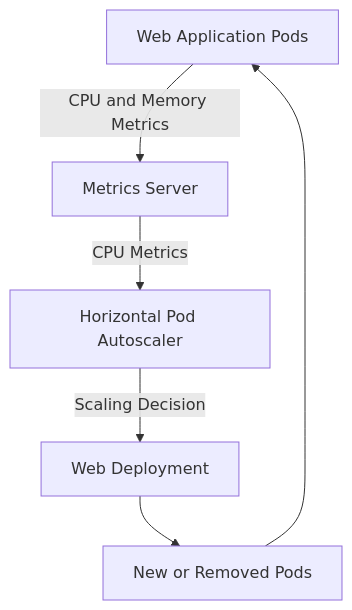
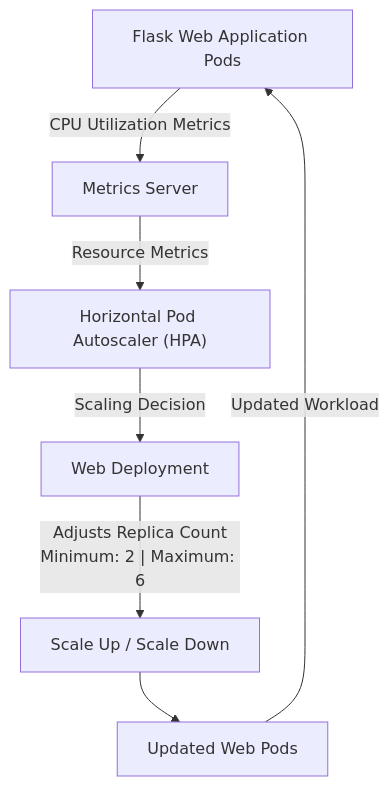
Before and after one commit to Ahsan-Ahmad-Khan/visitor-counter-cloud: the second of 2 diagrams in README.md, drawn with Mermaid. The commit also changed other lines of this file, not shown here.

````diff
--- a/README.md
+++ b/README.md
@@ -83,14 +83,16 @@
 ```mermaid
 flowchart TD
-    A["Web Application Pods"]
+    A["Flask Web Application Pods"]
     B["Metrics Server"]
-    C["Horizontal Pod Autoscaler"]
+    C["Horizontal Pod Autoscaler (HPA)"]
     D["Web Deployment"]
-    E["New or Removed Pods"]
+    E["Scale Up / Scale Down"]
+    F["Updated Web Pods"]
 
-    A -->|"CPU and Memory Metrics"| B
-    B -->|"CPU Metrics"| C
+    A -->|"CPU Utilization Metrics"| B
+    B -->|"Resource Metrics"| C
     C -->|"Scaling Decision"| D
-    D --> E
-    E --> A
+    D -->|"Adjusts Replica Count<br/>Minimum: 2 | Maximum: 6"| E
+    E --> F
+    F -->|"Updated Workload"| A
 ```
````
